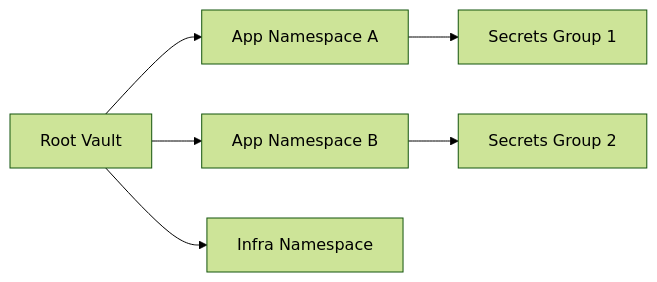
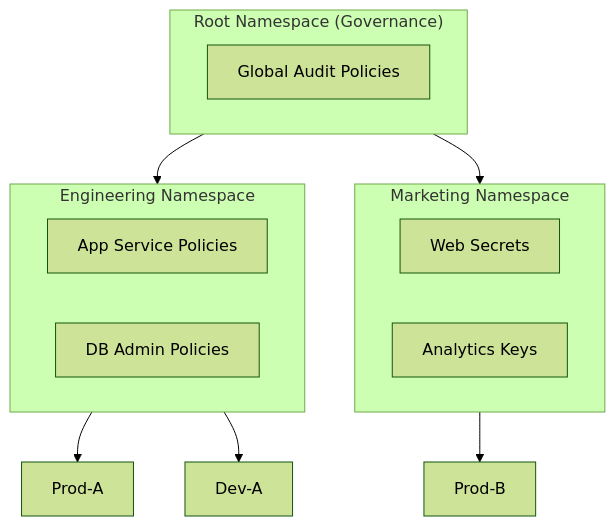
The second of 10 diagrams in README.md (Devopstrio/vault-central-management), drawn with Mermaid (forest theme) before and after one commit. The commit also changed other lines of this file, not shown here.

Commit message:
docs: implement 10+ professional reference architectures and zero-trust model

````diff
--- a/README.md
+++ b/README.md
@@ -83,8 +119,22 @@
 ```mermaid
-graph LR
-    Root[Root Vault] --> NS1[App Namespace A]
-    Root --> NS2[App Namespace B]
-    Root --> NS3[Infra Namespace]
-    NS1 --> S1[Secrets Group 1]
-    NS2 --> S2[Secrets Group 2]
+graph TD
+    subgraph Root["Root Namespace (Governance)"]
+        GlobalPolicy[Global Audit Policies]
+    end
+
+    subgraph DeptA["Engineering Namespace"]
+        AppSrv[App Service Policies]
+        DBAdmin[DB Admin Policies]
+    end
+
+    subgraph DeptB["Marketing Namespace"]
+        Web[Web Secrets]
+        Analytics[Analytics Keys]
+    end
+
+    Root --> DeptA
+    Root --> DeptB
+    DeptA --> Env1[Prod-A]
+    DeptA --> Env2[Dev-A]
+    DeptB --> Env3[Prod-B]
 ```
````
